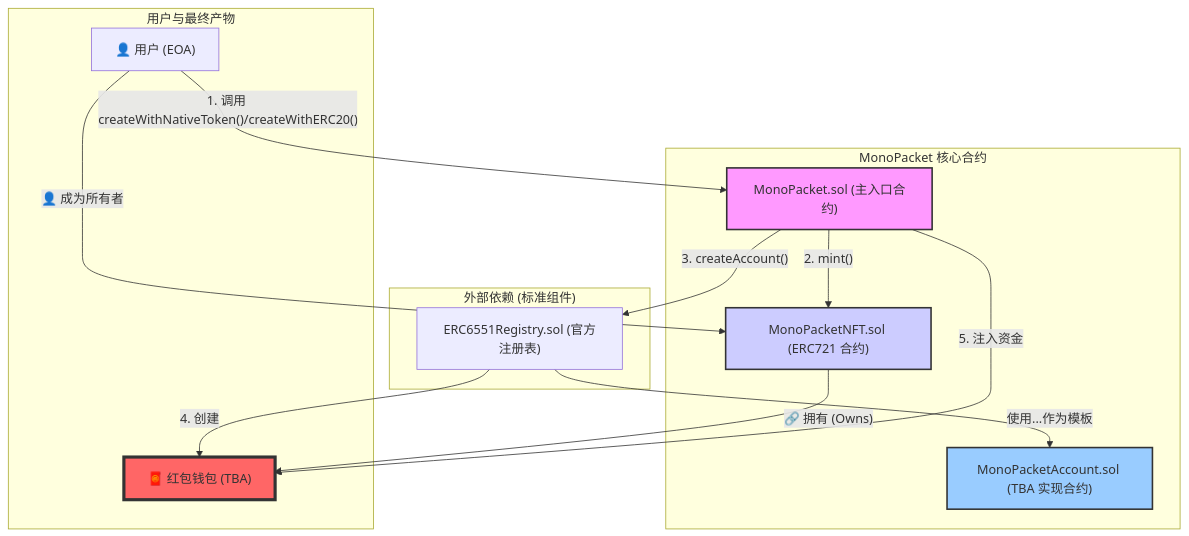
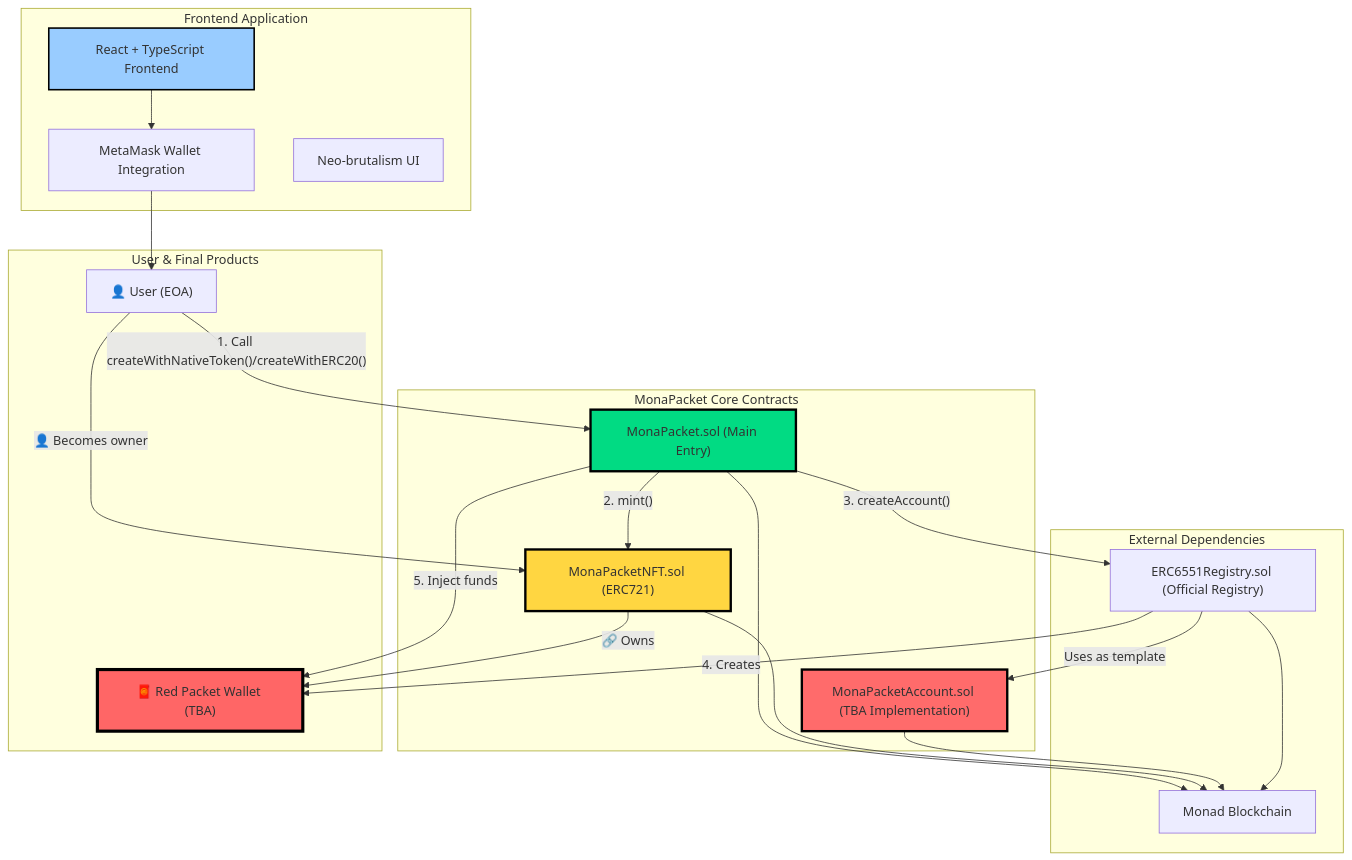
Before and after one commit to slince-zero/MonaPacket: the diagram in README.md, drawn with Mermaid. The commit also changed other lines of this file, not shown here.

````diff
--- a/README.md
+++ b/README.md
@@ -22,32 +111,47 @@
 ```mermaid
 graph TD
-    subgraph "MonoPacket 核心合约"
-        A["MonoPacket.sol (主入口合约)"]
-        B["MonoPacketNFT.sol (ERC721 合约)"]
-        C["MonoPacketAccount.sol (TBA 实现合约)"]
+    subgraph "Frontend Application"
+        F["React + TypeScript Frontend"]
+        W["MetaMask Wallet Integration"]
+        UI["Neo-brutalism UI"]
     end
 
-    subgraph "外部依赖 (标准组件)"
-        D["ERC6551Registry.sol (官方注册表)"]
+    subgraph "MonaPacket Core Contracts"
+        A["MonaPacket.sol (Main Entry)"]
+        B["MonaPacketNFT.sol (ERC721)"]
+        C["MonaPacketAccount.sol (TBA Implementation)"]
     end
 
-    subgraph "用户与最终产物"
-        U["👤 用户 (EOA)"]
-        TBA["🧧 红包钱包 (TBA)"]
+    subgraph "External Dependencies"
+        D["ERC6551Registry.sol (Official Registry)"]
+        M["Monad Blockchain"]
     end
 
-    U --"1. 调用 createWithNativeToken()/createWithERC20()"--> A
+    subgraph "User & Final Products"
+        U["👤 User (EOA)"]
+        TBA["🧧 Red Packet Wallet (TBA)"]
+    end
+
+    F --> W
+    W --> U
+    U --"1. Call createWithNativeToken()/createWithERC20()"--> A
     A --"2. mint()"--> B
     A --"3. createAccount()"--> D
-    D --"使用...作为模板"--> C
-    D --"4. 创建"--> TBA
-    A --"5. 注入资金"--> TBA
-    
-    B --"🔗 拥有 (Owns)"--> TBA
-    U --"👤 成为所有者"--> B
+    D --"Uses as template"--> C
+    D --"4. Creates"--> TBA
+    A --"5. Inject funds"--> TBA
 
-    style A fill:#f9f,stroke:#333,stroke-width:2px
-    style B fill:#ccf,stroke:#333,stroke-width:2px
-    style C fill:#9cf,stroke:#333,stroke-width:2px
-    style TBA fill:#f66,stroke:#333,stroke-width:4px
+    B --"🔗 Owns"--> TBA
+    U --"👤 Becomes owner"--> B
+
+    A --> M
+    B --> M
+    C --> M
+    D --> M
+
+    style A fill:#01db83,stroke:#000,stroke-width:3px
+    style B fill:#FFD641,stroke:#000,stroke-width:3px
+    style C fill:#FF6B6B,stroke:#000,stroke-width:3px
+    style TBA fill:#f66,stroke:#000,stroke-width:4px
+    style F fill:#9cf,stroke:#000,stroke-width:2px
 ```
````
